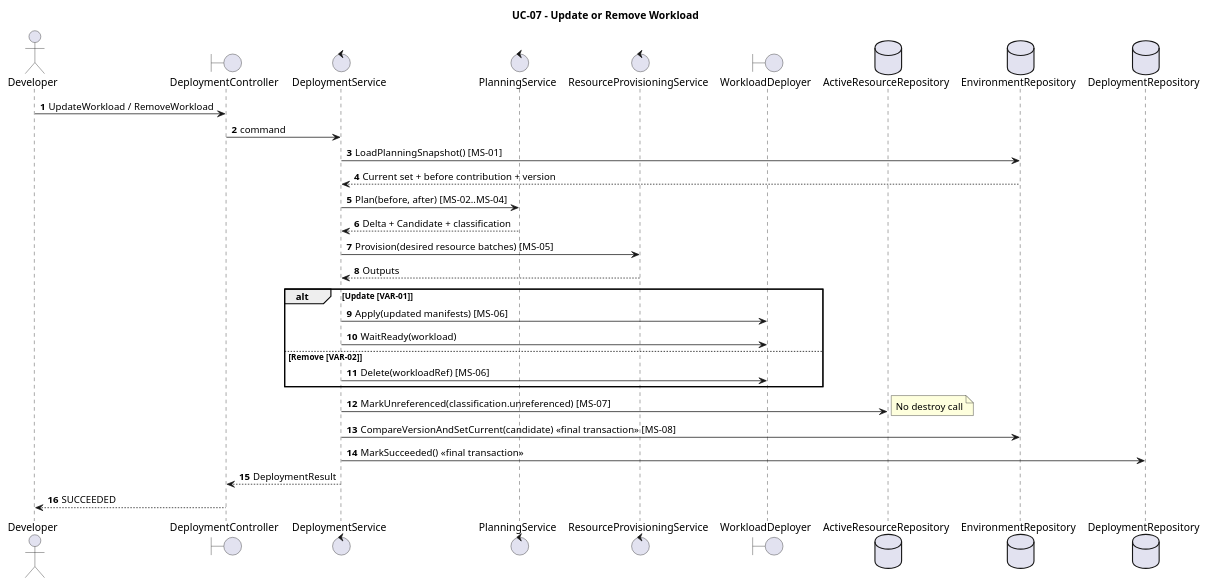
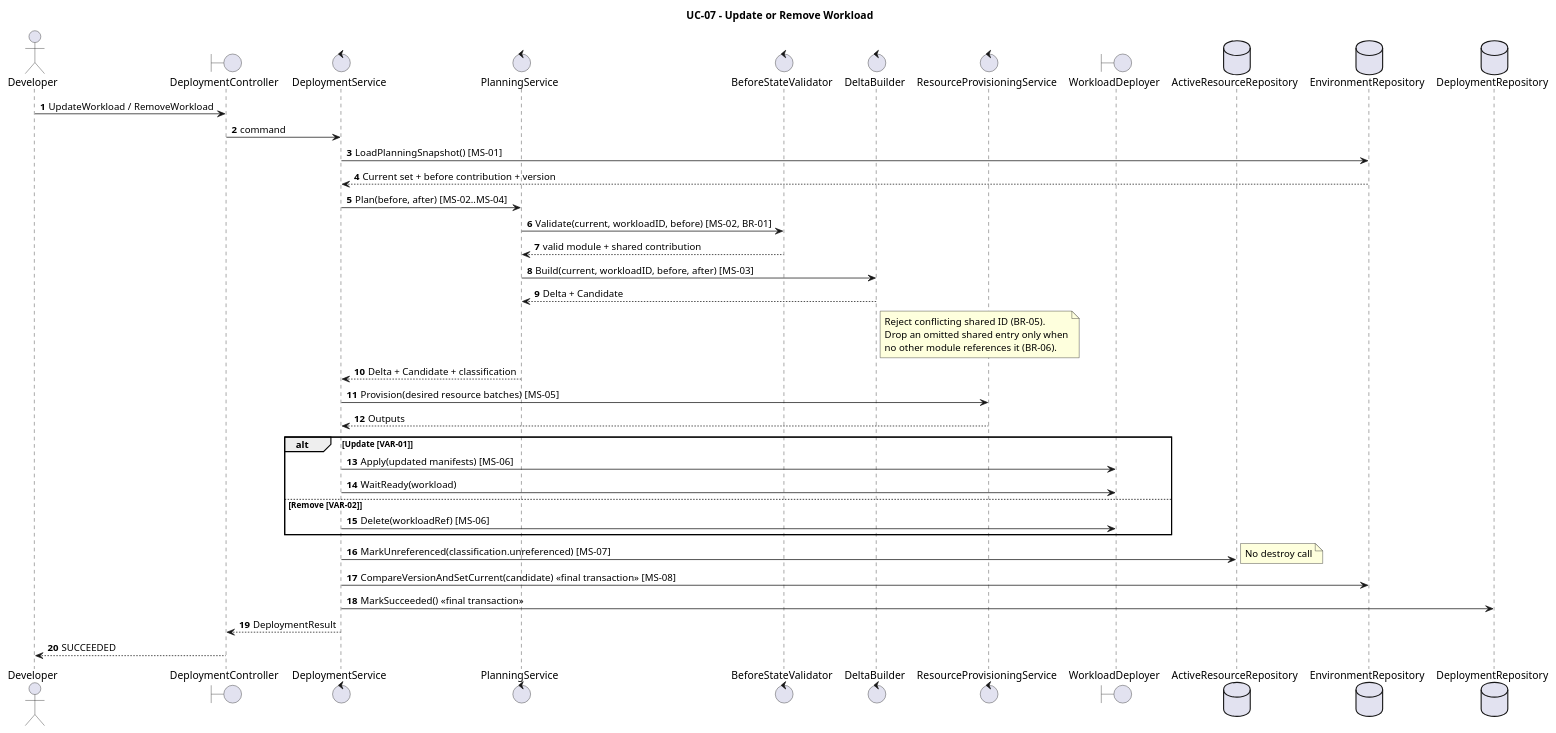
The diagram in orchestrator_docs/usecase/UC-07/sequence.puml (pr3s3nt/poc), drawn with PlantUML before and after one commit. The commit also changed 139 other files, not shown here.

```diff
--- a/orchestrator_docs/usecase/UC-07/sequence.puml
+++ b/orchestrator_docs/usecase/UC-07/sequence.puml
@@ -1,34 +1,45 @@
 @startuml
 title UC-07 - Update or Remove Workload
 autonumber
 actor Developer
 boundary DeploymentController as API
 control DeploymentService as Service
 control PlanningService as Planner
+control BeforeStateValidator as BeforeValidator
+control DeltaBuilder as Delta
 control ResourceProvisioningService as Provisioner
 boundary WorkloadDeployer as Deployer
 database ActiveResourceRepository as ResourceRepo
 database EnvironmentRepository as EnvRepo
 database DeploymentRepository as DeploymentRepo
 
 Developer -> API: UpdateWorkload / RemoveWorkload
 API -> Service: command
 Service -> EnvRepo: LoadPlanningSnapshot() [MS-01]
 EnvRepo --> Service: Current set + before contribution + version
 Service -> Planner: Plan(before, after) [MS-02..MS-04]
+Planner -> BeforeValidator: Validate(current, workloadID, before) [MS-02, BR-01]
+BeforeValidator --> Planner: valid module + shared contribution
+Planner -> Delta: Build(current, workloadID, before, after) [MS-03]
+Delta --> Planner: Delta + Candidate
+note right of Delta
+Reject conflicting shared ID (BR-05).
+Drop an omitted shared entry only when
+no other module references it (BR-06).
+end note
 Planner --> Service: Delta + Candidate + classification
 Service -> Provisioner: Provision(desired resource batches) [MS-05]
 Provisioner --> Service: Outputs
 alt Update [VAR-01]
   Service -> Deployer: Apply(updated manifests) [MS-06]
   Service -> Deployer: WaitReady(workload)
 else Remove [VAR-02]
   Service -> Deployer: Delete(workloadRef) [MS-06]
 end
 Service -> ResourceRepo: MarkUnreferenced(classification.unreferenced) [MS-07]
 note right: No destroy call
 Service -> EnvRepo: CompareVersionAndSetCurrent(candidate) <<final transaction>> [MS-08]
 Service -> DeploymentRepo: MarkSucceeded() <<final transaction>>
 Service --> API: DeploymentResult
 API --> Developer: SUCCEEDED
 @enduml
```
